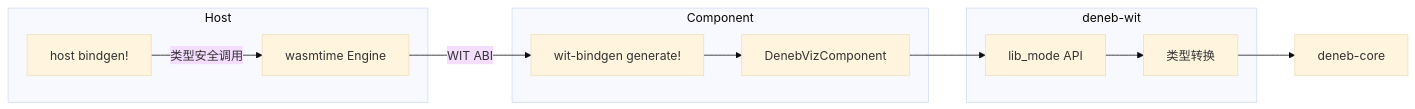
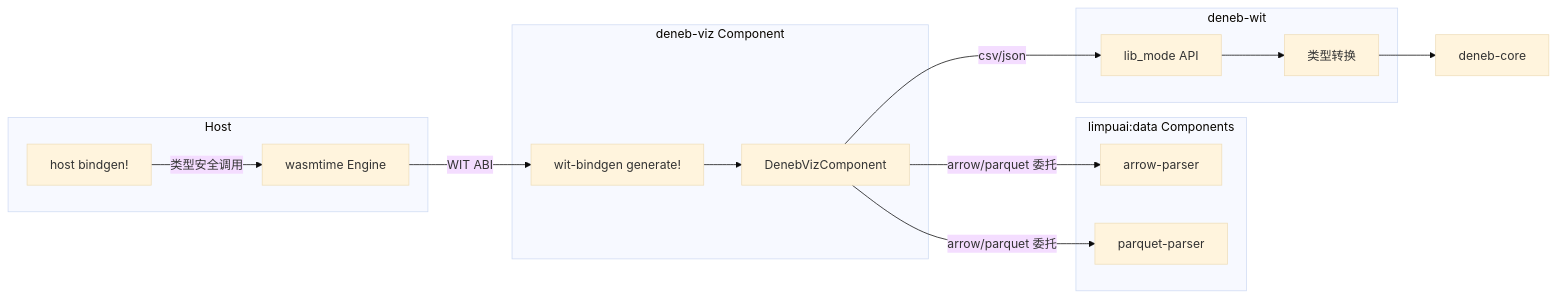
Before and after one commit to LimpuAI/deneb-rs: the eighth of 9 diagrams in docs/architecture.md, drawn with Mermaid (base theme). The commit also changed other lines of this file and 29 other files, not shown here.

First line of the commit message:
feat: integrate limpuai-wit Arrow/Parquet parsers via WASI Component Model

````diff
--- a/docs/architecture.md
+++ b/docs/architecture.md
@@ -260,24 +260,31 @@
 ```mermaid
 flowchart LR
     subgraph Host
         wasmtime[wasmtime Engine]
         bindgen[host bindgen!]
     end
 
-    subgraph Component
+    subgraph Component["deneb-viz Component"]
         guest[wit-bindgen generate!]
         impl[DenebVizComponent]
+    end
+
+    subgraph Parsers["limpuai:data Components"]
+        arrow[arrow-parser]
+        parquet[parquet-parser]
     end
 
     subgraph deneb-wit
         lib_mode[lib_mode API]
         convert[类型转换]
     end
 
     wasmtime -->|WIT ABI| guest
     bindgen -->|类型安全调用| wasmtime
     guest --> impl
-    impl --> lib_mode
+    impl -->|arrow/parquet 委托| arrow
+    impl -->|arrow/parquet 委托| parquet
+    impl -->|csv/json| lib_mode
     lib_mode --> convert
     convert --> deneb-core
 ```
````
